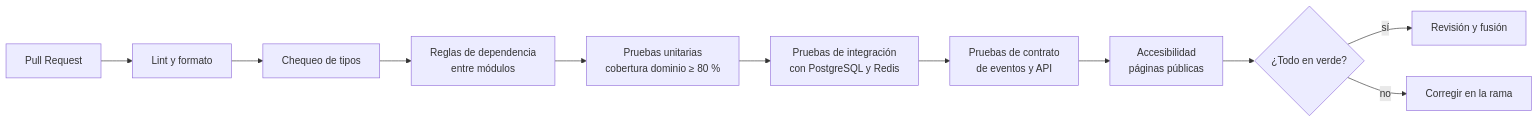
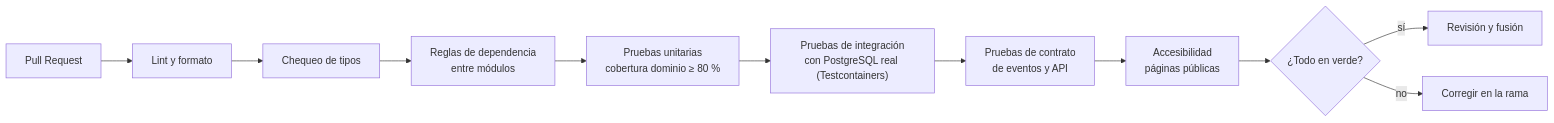
The fourth of 4 diagrams in docs/arquitectura/02-vista-desarrollo.md (Kevrc/festival-artes-vivas-loja), drawn with Mermaid before and after one commit. The commit also changed other lines of this file and 5 other files, not shown here.

Commit message:
docs(arquitectura): reflejar la cola en PostgreSQL y enlazar drivers en las vistas

````diff
--- a/docs/arquitectura/02-vista-desarrollo.md
+++ b/docs/arquitectura/02-vista-desarrollo.md
@@ -125,13 +125,13 @@
 ```mermaid
 flowchart LR
     PR["Pull Request"] --> LINT["Lint y formato"]
     LINT --> TYPES["Chequeo de tipos"]
     TYPES --> BOUND["Reglas de dependencia<br/>entre módulos"]
     BOUND --> UNIT["Pruebas unitarias<br/>cobertura dominio ≥ 80 %"]
-    UNIT --> INT["Pruebas de integración<br/>con PostgreSQL y Redis"]
+    UNIT --> INT["Pruebas de integración<br/>con PostgreSQL real (Testcontainers)"]
     INT --> CTRT["Pruebas de contrato<br/>de eventos y API"]
     CTRT --> A11Y["Accesibilidad<br/>páginas públicas"]
     A11Y --> OK{"¿Todo en verde?"}
     OK -- sí --> REV["Revisión y fusión"]
     OK -- no --> FIX["Corregir en la rama"]
 ```
````
